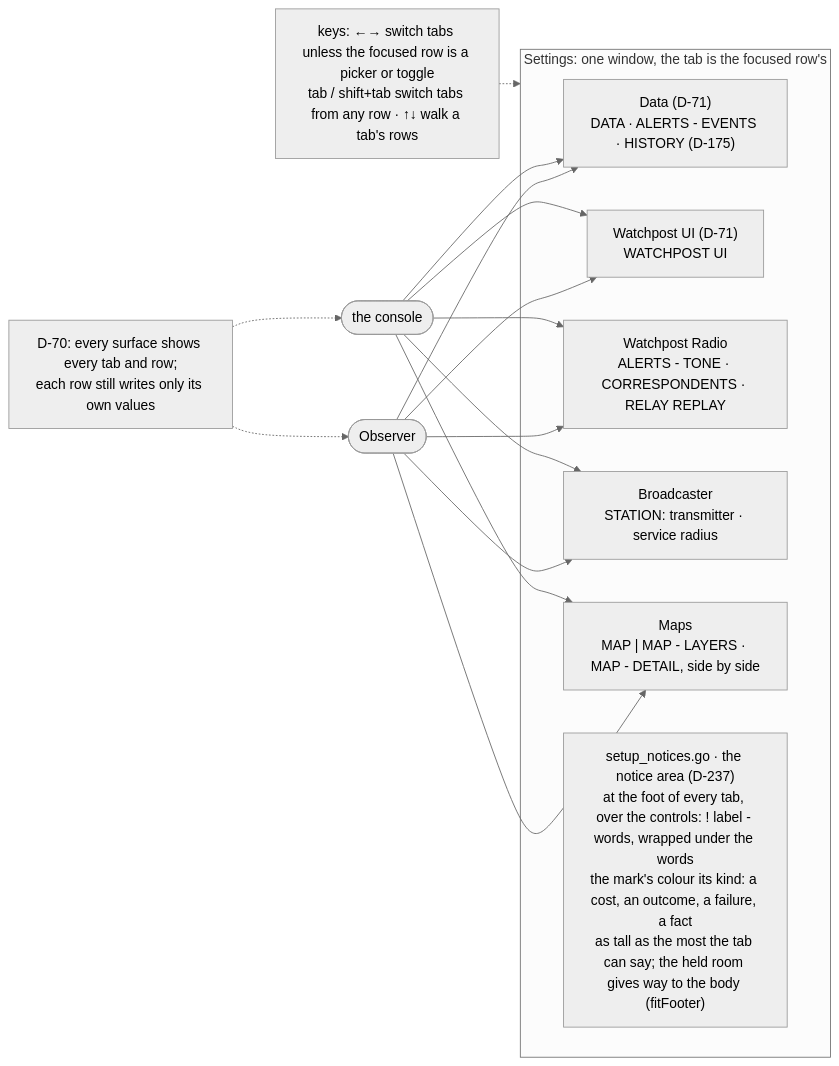
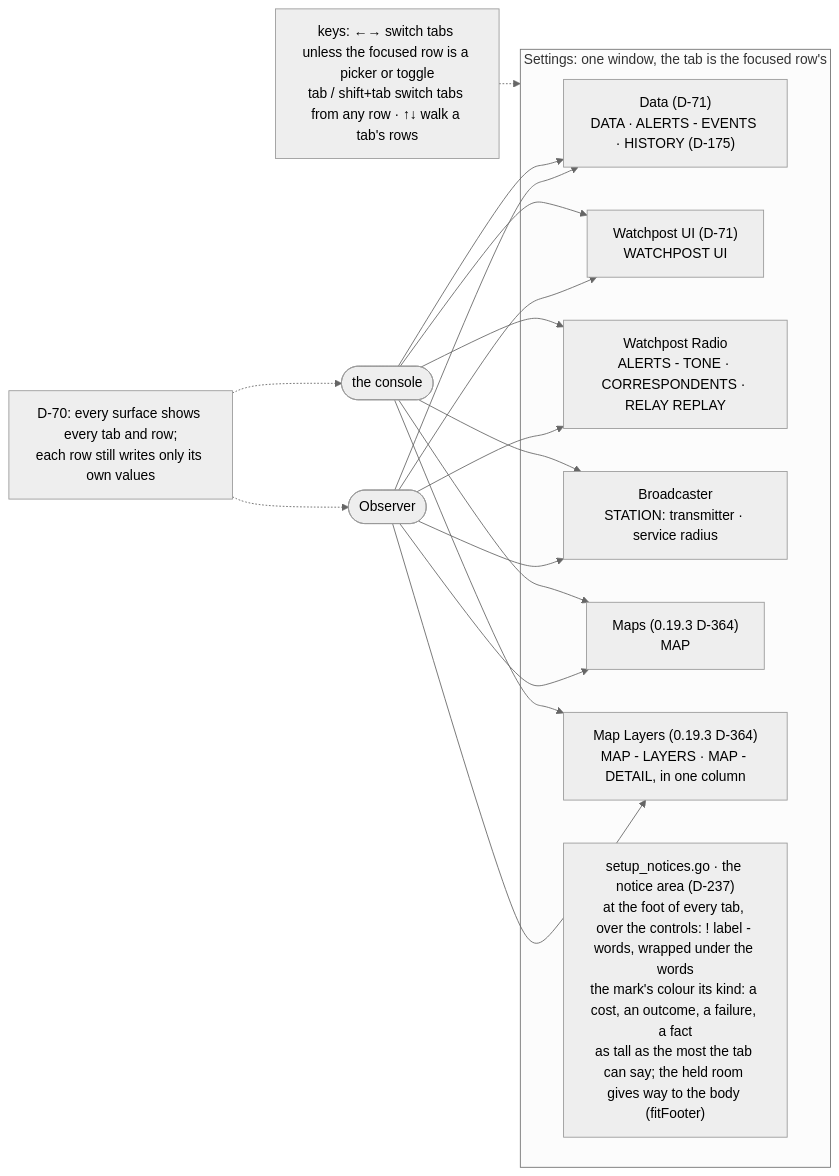
Before and after one commit to branden-thompson/watchpost: the second of 6 diagrams in 06_docs/02_features/observer-maps/03-architecture-design/as-built-map.md, drawn with Mermaid (neutral theme). The commit also changed other lines of this file and 5 other files, not shown here.

````diff
--- a/06_docs/02_features/observer-maps/03-architecture-design/as-built-map.md
+++ b/06_docs/02_features/observer-maps/03-architecture-design/as-built-map.md
@@ -39,15 +39,16 @@
 ```mermaid
 flowchart LR
   subgraph S["Settings: one window, the tab is the focused row's"]
     DA["Data (D-71)\nDATA · ALERTS - EVENTS · HISTORY (D-175)"]
     UI["Watchpost UI (D-71)\nWATCHPOST UI"]
     R["Watchpost Radio\nALERTS - TONE · CORRESPONDENTS · RELAY REPLAY"]
     B["Broadcaster\nSTATION: transmitter · service radius"]
-    M["Maps\nMAP | MAP - LAYERS · MAP - DETAIL, side by side"]
+    M["Maps (0.19.3 D-364)\nMAP"]
+    ML["Map Layers (0.19.3 D-364)\nMAP - LAYERS · MAP - DETAIL, in one column"]
     NA["setup_notices.go · the notice area (D-237)\nat the foot of every tab, over the controls: ! label - words, wrapped under the words\nthe mark's colour its kind: a cost, an outcome, a failure, a fact\nas tall as the most the tab can say; the held room gives way to the body (fitFooter)"]
   end
-  O(["Observer"]) --> DA & UI & R & B & M
-  C(["the console"]) --> DA & UI & R & B & M
+  O(["Observer"]) --> DA & UI & R & B & M & ML
+  C(["the console"]) --> DA & UI & R & B & M & ML
   N["D-70: every surface shows every tab and row;\neach row still writes only its own values"] -.-> O & C
   K["keys: ←→ switch tabs unless the focused row is a picker or toggle\ntab / shift+tab switch tabs from any row · ↑↓ walk a tab's rows"] -.-> S
 ```
````
